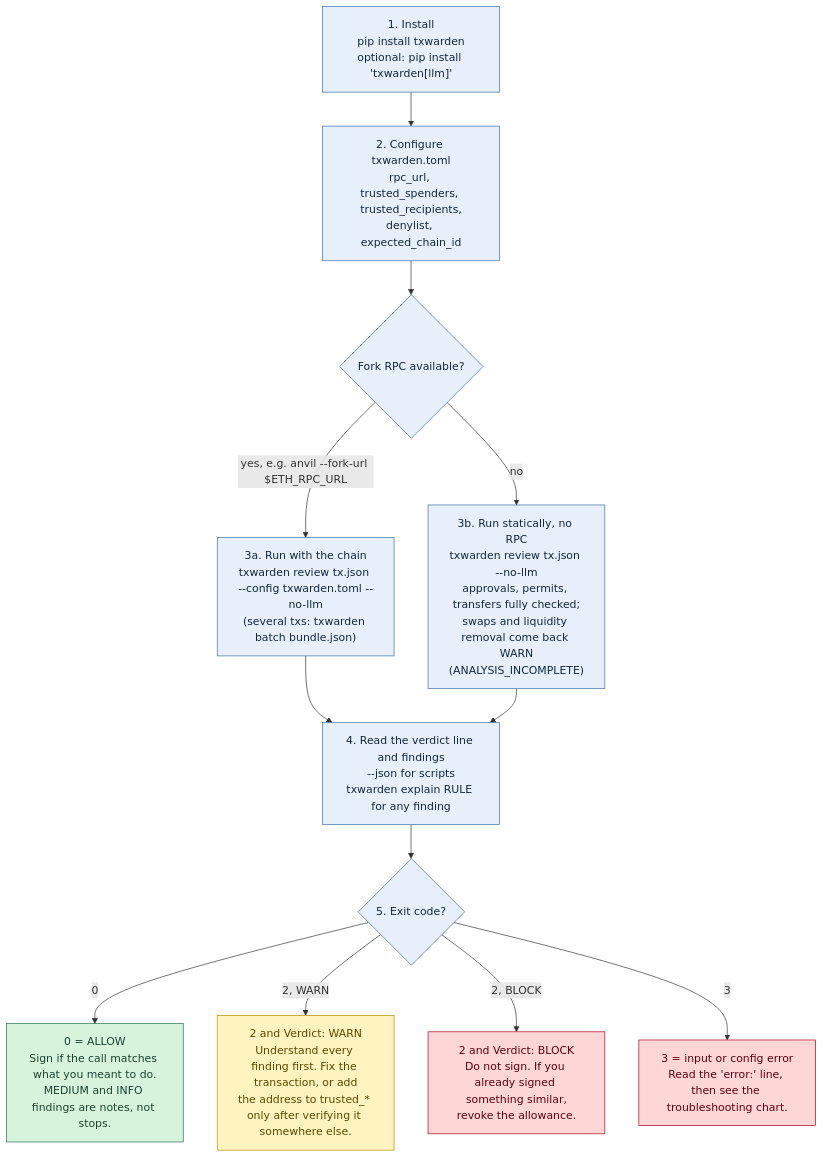
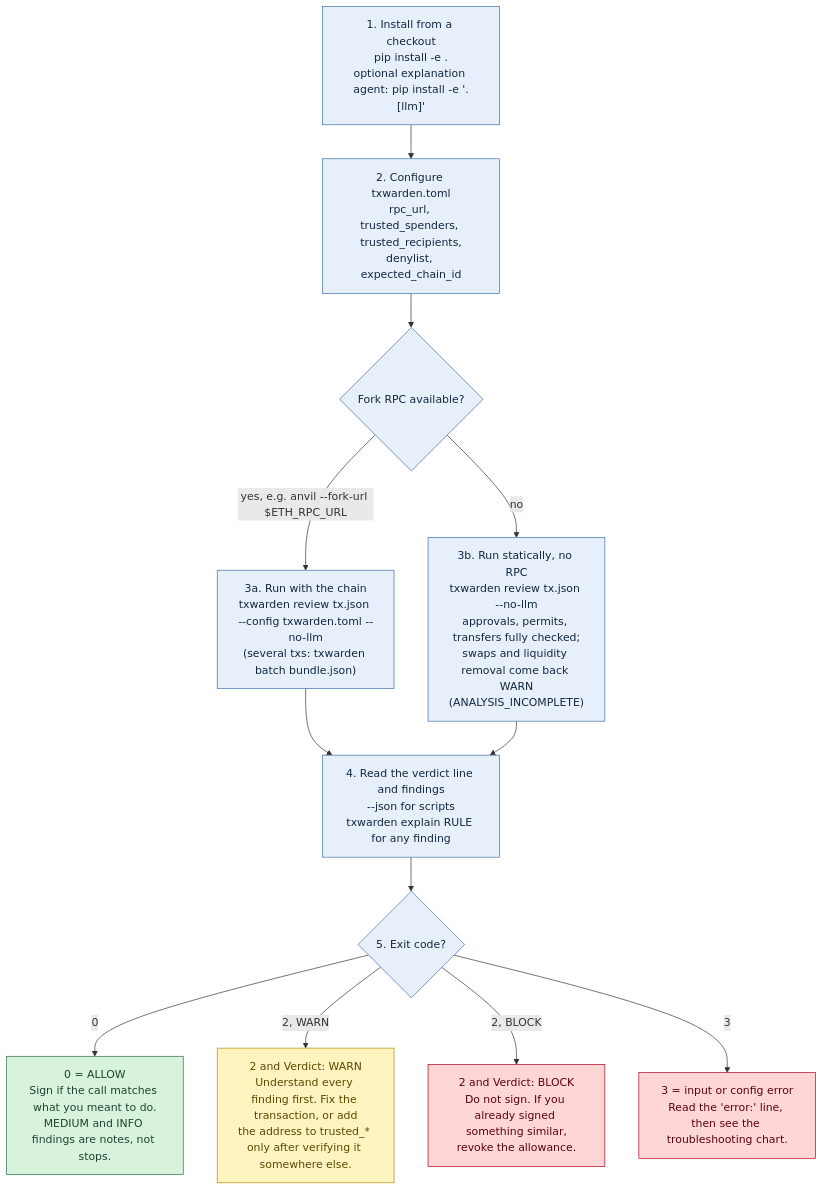
Before and after one commit to Intermountainh8ter/txwarden: the diagram in docs/diagrams/usage.mmd, drawn with Mermaid. The commit also changed 21 other files, not shown here.

```diff
--- a/docs/diagrams/usage.mmd
+++ b/docs/diagrams/usage.mmd
@@ -1,30 +1,30 @@
 flowchart TD
-    A["1. Install<br/>pip install txwarden<br/>optional: pip install 'txwarden[llm]'"]
+    A["1. Install from a checkout<br/>pip install -e .<br/>optional explanation agent: pip install -e '.[llm]'"]
     B["2. Configure txwarden.toml<br/>rpc_url, trusted_spenders, trusted_recipients,<br/>denylist, expected_chain_id"]
     C{"Fork RPC available?"}
     D["3a. Run with the chain<br/>txwarden review tx.json --config txwarden.toml --no-llm<br/>(several txs: txwarden batch bundle.json)"]
     D2["3b. Run statically, no RPC<br/>txwarden review tx.json --no-llm<br/>approvals, permits, transfers fully checked;<br/>swaps and liquidity removal come back WARN<br/>(ANALYSIS_INCOMPLETE)"]
     E["4. Read the verdict line and findings<br/>--json for scripts<br/>txwarden explain RULE for any finding"]
     F{"5. Exit code?"}
     G["0 = ALLOW<br/>Sign if the call matches what you meant to do.<br/>MEDIUM and INFO findings are notes, not stops."]
     H["2 and Verdict: WARN<br/>Understand every finding first. Fix the transaction, or add<br/>the address to trusted_* only after verifying it somewhere else."]
     I["2 and Verdict: BLOCK<br/>Do not sign. If you already signed something similar,<br/>revoke the allowance."]
     J["3 = input or config error<br/>Read the 'error:' line, then see the troubleshooting chart."]
     A --> B --> C
     C -- "yes, e.g. anvil --fork-url $ETH_RPC_URL" --> D
     C -- "no" --> D2
     D --> E
     D2 --> E
     E --> F
     F -- "0" --> G
     F -- "2, WARN" --> H
     F -- "2, BLOCK" --> I
     F -- "3" --> J
     classDef ok fill:#d8f3dc,stroke:#2d6a4f,color:#1b4332
     classDef warn fill:#fff3bf,stroke:#b08900,color:#5c4800
     classDef bad fill:#ffd6d6,stroke:#b00020,color:#5c0011
     classDef neutral fill:#e7f0fa,stroke:#3b6ea5,color:#12263f
     class G ok
     class H warn
     class I,J bad
     class A,B,C,D,D2,E,F neutral
```
